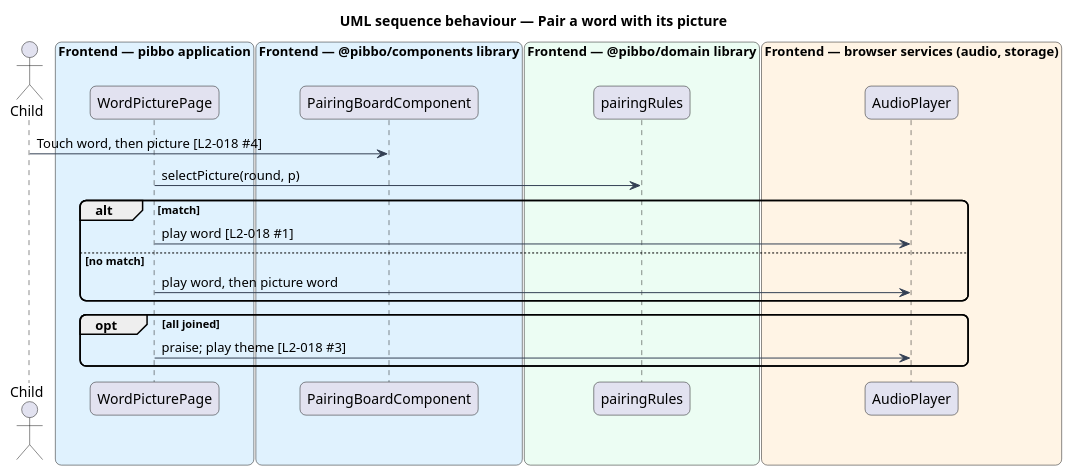
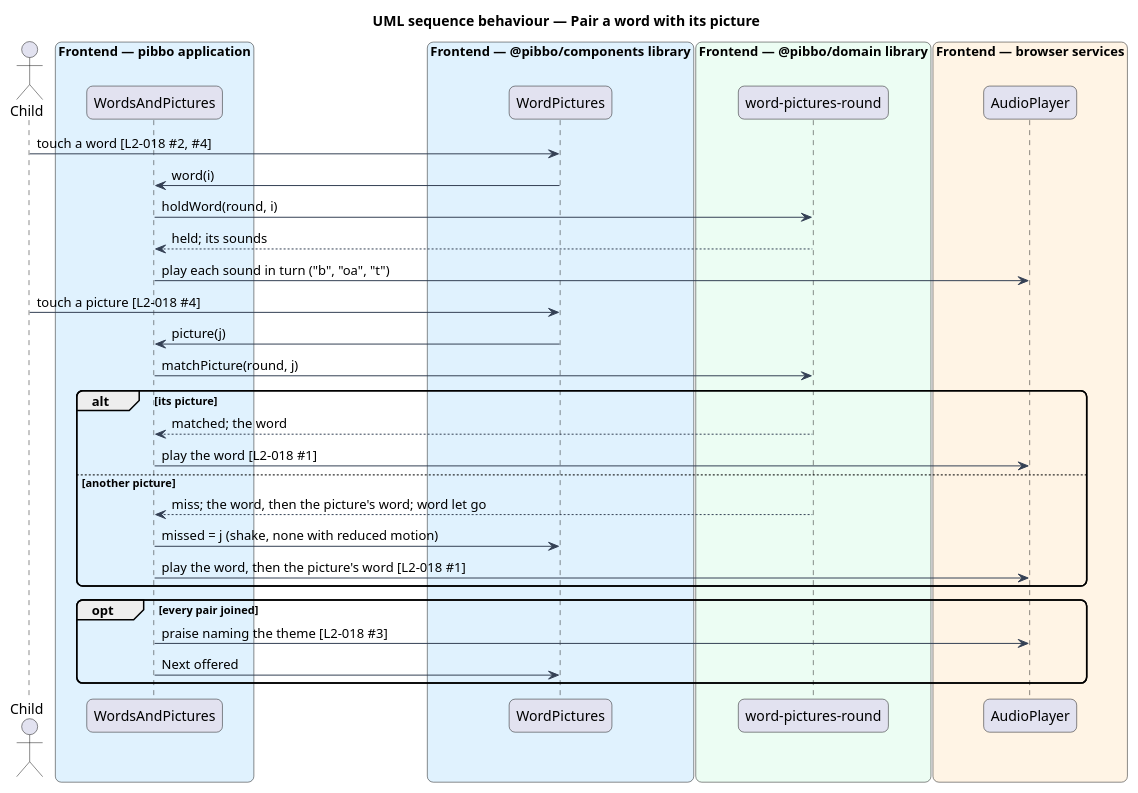
The diagram in docs/detailed-designs/sound-out/connect-words-to-pictures/diagrams/sequence-pair-word-picture.puml (QuinntyneBrown/pibbo), drawn with PlantUML before and after one commit. The commit also changed 19 other files, not shown here.

Commit message:
Align Words and pictures requirement, design and mocks: the word-to-picture pair match, held and miss states, a Home card (ADR 0022)

```diff
--- a/docs/detailed-designs/sound-out/connect-words-to-pictures/diagrams/sequence-pair-word-picture.puml
+++ b/docs/detailed-designs/sound-out/connect-words-to-pictures/diagrams/sequence-pair-word-picture.puml
@@ -1,31 +1,41 @@
 @startuml
 title UML sequence behaviour — Pair a word with its picture
 skinparam backgroundColor #FFFFFF
 skinparam shadowing false
 skinparam roundcorner 12
 skinparam defaultFontName Arial
 skinparam ArrowColor #344054
 actor "Child" as actor
 box "Frontend — pibbo application" #E0F2FE
-  participant "WordPicturePage" as page
+  participant "WordsAndPictures" as page
 end box
 box "Frontend — @pibbo/components library" #E0F2FE
-  participant "PairingBoardComponent" as view
+  participant "WordPictures" as view
 end box
 box "Frontend — @pibbo/domain library" #ECFDF3
-  participant "pairingRules" as rules
+  participant "word-pictures-round" as rules
 end box
-box "Frontend — browser services (audio, storage)" #FFF4E5
+box "Frontend — browser services" #FFF4E5
   participant "AudioPlayer" as audio
 end box
-actor -> view : Touch word, then picture [L2-018 #4]
-page -> rules : selectPicture(round, p)
-alt match
-  page -> audio : play word [L2-018 #1]
-else no match
-  page -> audio : play word, then picture word
+actor -> view : touch a word [L2-018 #2, #4]
+view -> page : word(i)
+page -> rules : holdWord(round, i)
+rules --> page : held; its sounds
+page -> audio : play each sound in turn ("b", "oa", "t")
+actor -> view : touch a picture [L2-018 #4]
+view -> page : picture(j)
+page -> rules : matchPicture(round, j)
+alt its picture
+  rules --> page : matched; the word
+  page -> audio : play the word [L2-018 #1]
+else another picture
+  rules --> page : miss; the word, then the picture's word; word let go
+  page -> view : missed = j (shake, none with reduced motion)
+  page -> audio : play the word, then the picture's word [L2-018 #1]
 end
-opt all joined
-  page -> audio : praise; play theme [L2-018 #3]
+opt every pair joined
+  page -> audio : praise naming the theme [L2-018 #3]
+  page -> view : Next offered
 end
 @enduml
```
